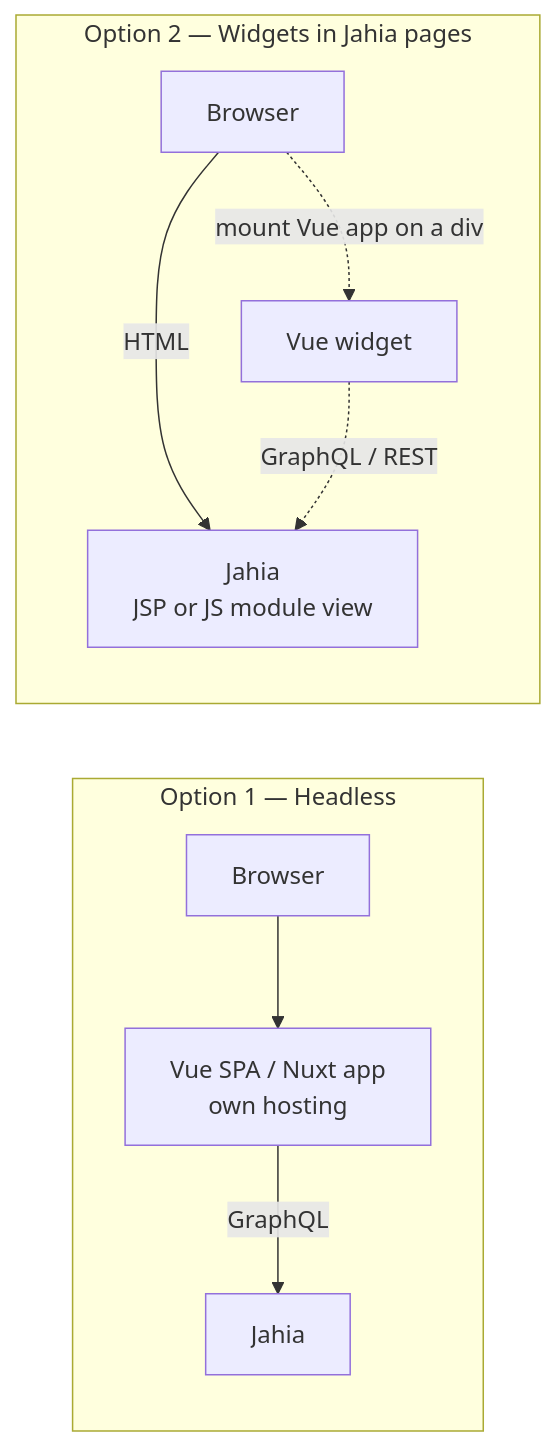
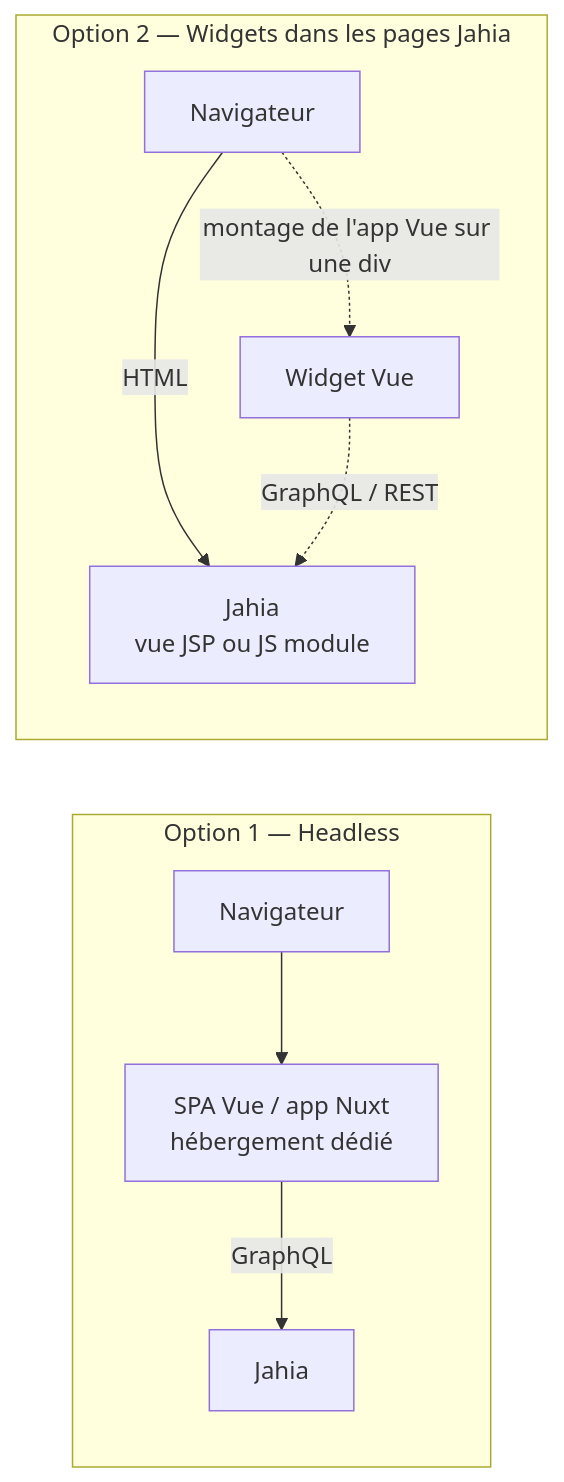
The second of 2 diagrams in apps/jahia-vue-vs-react/slides.md (Coffins-FR/effective-train), drawn with Mermaid before and after one commit. The commit also changed other lines of this file and 3 other files, not shown here.

````diff
--- a/apps/jahia-vue-vs-react/slides.md
+++ b/apps/jahia-vue-vs-react/slides.md
@@ -167,12 +241,12 @@
 ```mermaid {scale: 0.75}
 flowchart LR
   subgraph A [Option 1 — Headless]
-    B1[Browser] --> N[Vue SPA / Nuxt app<br/>own hosting]
+    B1[Navigateur] --> N[SPA Vue / app Nuxt<br/>hébergement dédié]
     N -->|GraphQL| J1[Jahia]
   end
-  subgraph B [Option 2 — Widgets in Jahia pages]
-    B2[Browser] -->|HTML| J2[Jahia<br/>JSP or JS module view]
-    B2 -.->|mount Vue app on a div| W[Vue widget]
+  subgraph B [Option 2 — Widgets dans les pages Jahia]
+    B2[Navigateur] -->|HTML| J2[Jahia<br/>vue JSP ou JS module]
+    B2 -.->|montage de l'app Vue sur une div| W[Widget Vue]
     W -.->|GraphQL / REST| J2
   end
 ```
````
